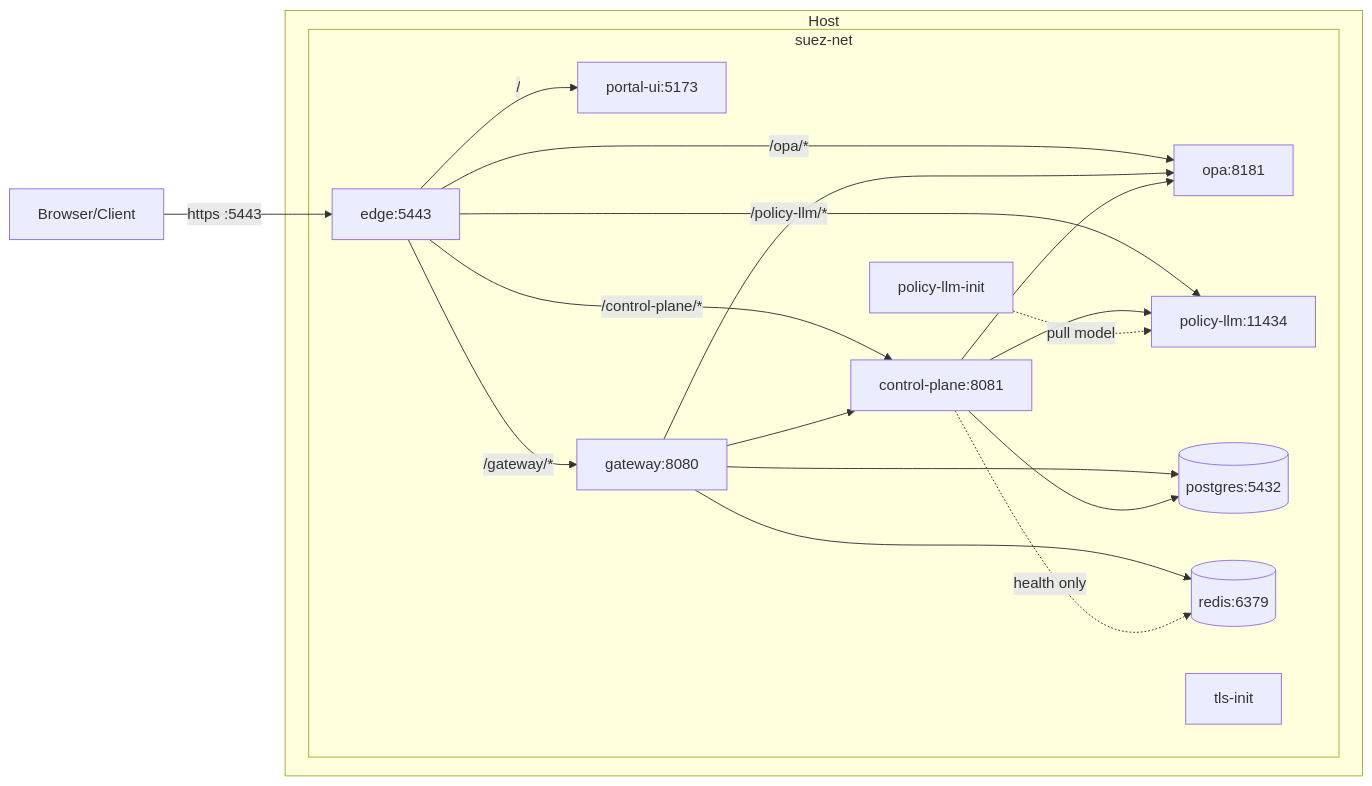
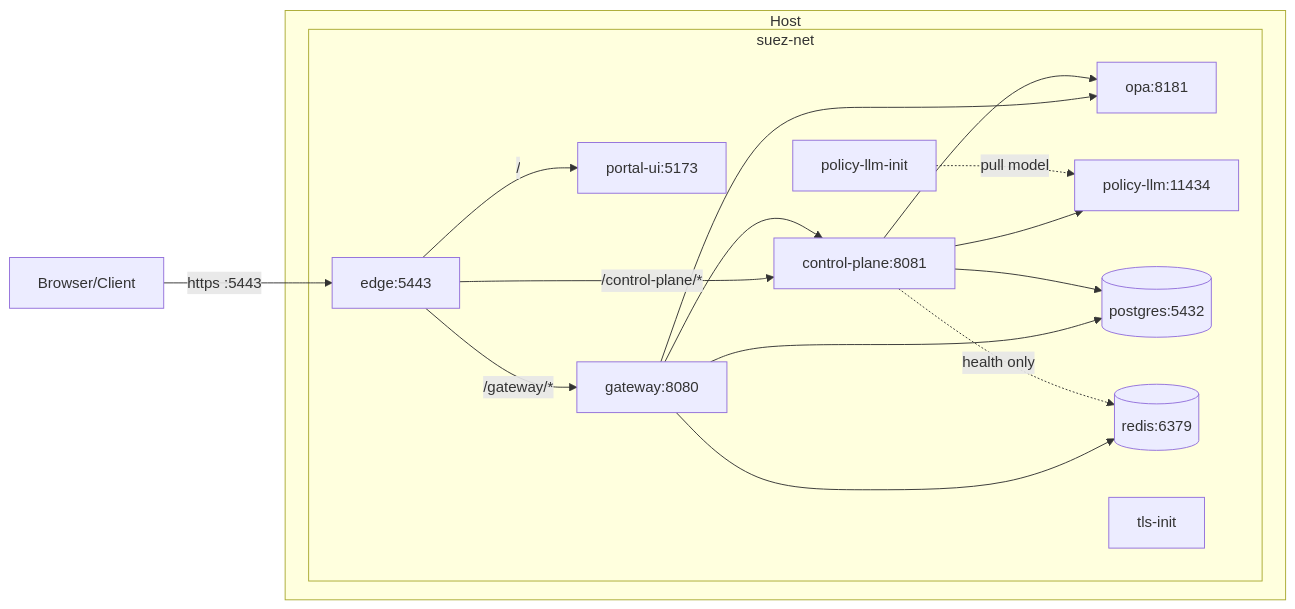
Before and after one commit to shushruth21/SUEZ-AI: the second of 10 diagrams in docs/gateway-architecture.md, drawn with Mermaid. The commit also changed other lines of this file and 27 other files, not shown here.

````diff
--- a/docs/gateway-architecture.md
+++ b/docs/gateway-architecture.md
@@ -84,33 +84,31 @@
 ```mermaid
 flowchart LR
     subgraph Host["Host"]
         subgraph suez_net["suez-net"]
             Edge[edge:5443]
             Portal[portal-ui:5173]
             CP[control-plane:8081]
             GW[gateway:8080]
             OPA[opa:8181]
             PolicyLLM[policy-llm:11434]
             PolicyLLMInit[policy-llm-init]
             Postgres[(postgres:5432)]
             Redis[(redis:6379)]
             TLSInit[tls-init]
         end
     end
 
     Client["Browser/Client"] -->|"https :5443"| Edge
     Edge -->|"/"| Portal
     Edge -->|"/control-plane/*"| CP
     Edge -->|"/gateway/*"| GW
-    Edge -->|"/opa/*"| OPA
-    Edge -->|"/policy-llm/*"| PolicyLLM
     GW --> CP
     GW --> OPA
     GW --> Redis
     GW --> Postgres
     CP --> Postgres
     CP -.->|health only| Redis
     CP --> OPA
     CP --> PolicyLLM
     PolicyLLMInit -.->|"pull model"| PolicyLLM
 ```
````
